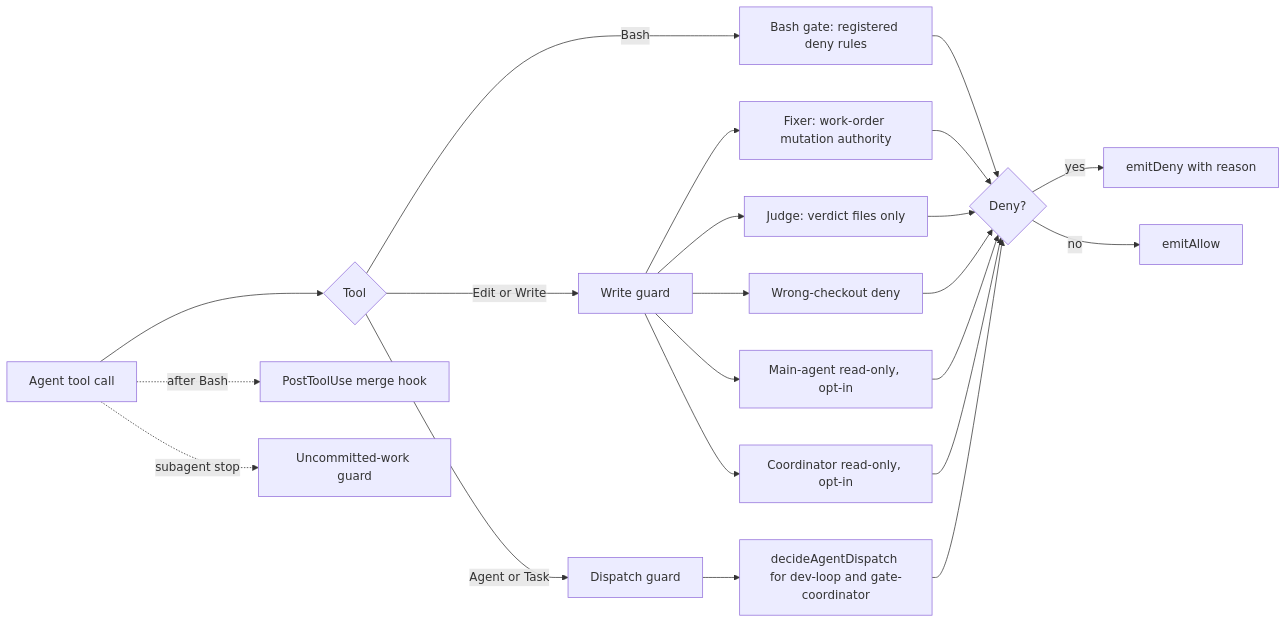
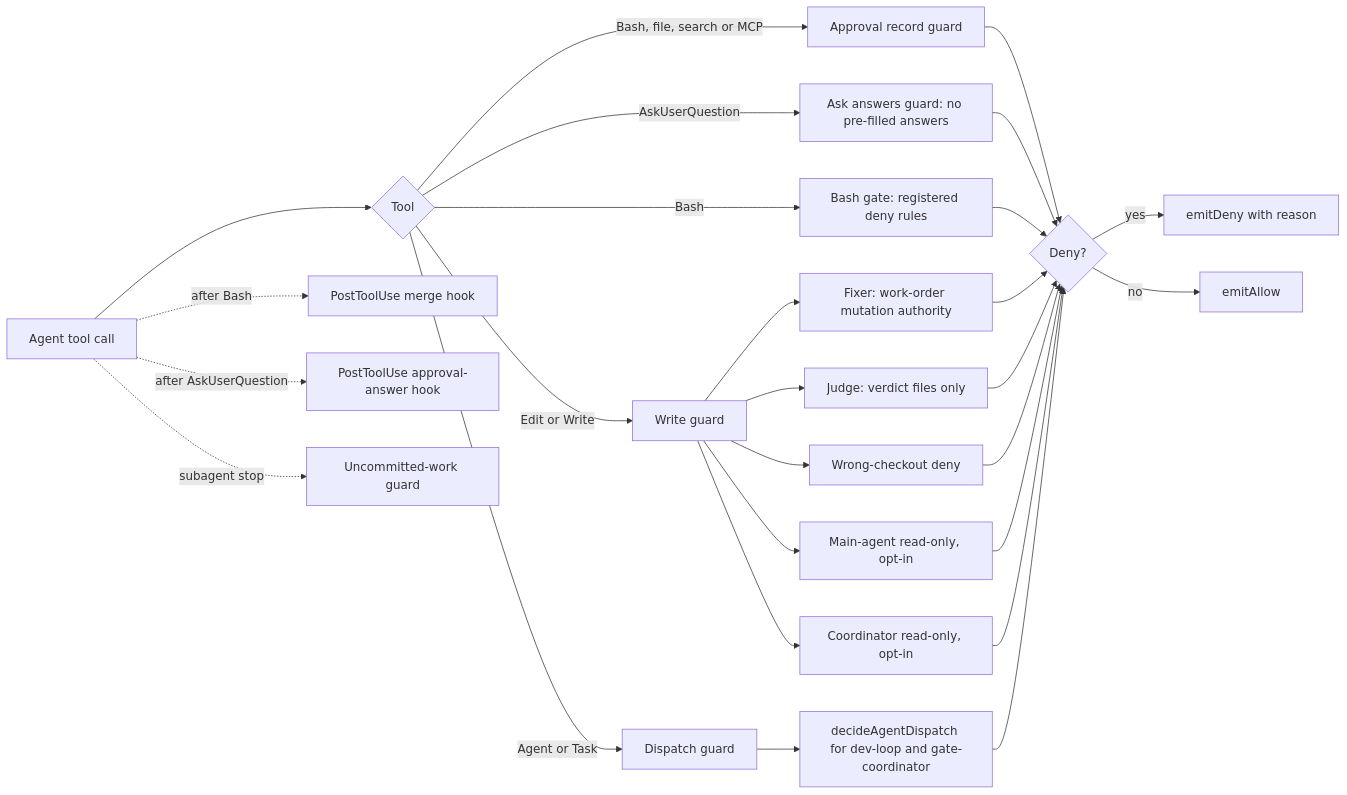
One commit to mfittko/dev-loops changed diagram 12 of 13 in docs/atlas/12-security-trust.md. Above: the diagram before and after it, drawn with Mermaid. The commit also changed other lines of this file, not shown here.

````diff
--- a/docs/atlas/12-security-trust.md
+++ b/docs/atlas/12-security-trust.md
@@ -429,24 +429,29 @@
 ```mermaid
 flowchart LR
   AG["Agent tool call"] --> EV{"Tool"}
   EV -- Bash --> BG["Bash gate: registered deny rules"]
   EV -- "Edit or Write" --> WG["Write guard"]
   EV -- "Agent or Task" --> DG["Dispatch guard"]
+  EV -- "Bash, file, search or MCP" --> AR["Approval record guard"]
+  EV -- AskUserQuestion --> AQ["Ask answers guard: no pre-filled answers"]
+  AR --> DEC
+  AQ --> DEC
   WG --> W0["Fixer: work-order mutation authority"]
   WG --> W1["Judge: verdict files only"]
   WG --> W2["Wrong-checkout deny"]
   WG --> W3["Main-agent read-only, opt-in"]
   WG --> W4["Coordinator read-only, opt-in"]
   DG --> D0["decideAgentDispatch for dev-loop and gate-coordinator"]
   BG --> DEC{"Deny?"}
   W0 --> DEC
   W1 --> DEC
   W2 --> DEC
   W3 --> DEC
   W4 --> DEC
   D0 --> DEC
   DEC -- yes --> DENY["emitDeny with reason"]
   DEC -- no --> ALLOW["emitAllow"]
   AG -. "after Bash" .-> POST["PostToolUse merge hook"]
+  AG -. "after AskUserQuestion" .-> POSTA["PostToolUse approval-answer hook"]
   AG -. "subagent stop" .-> STOP["Uncommitted-work guard"]
 ```
````
